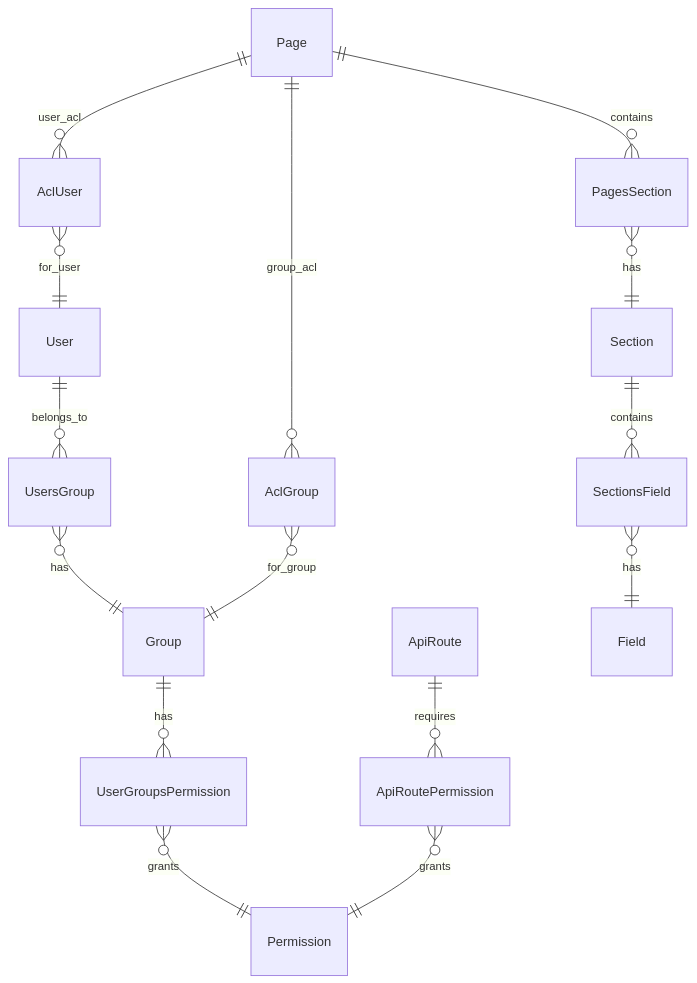
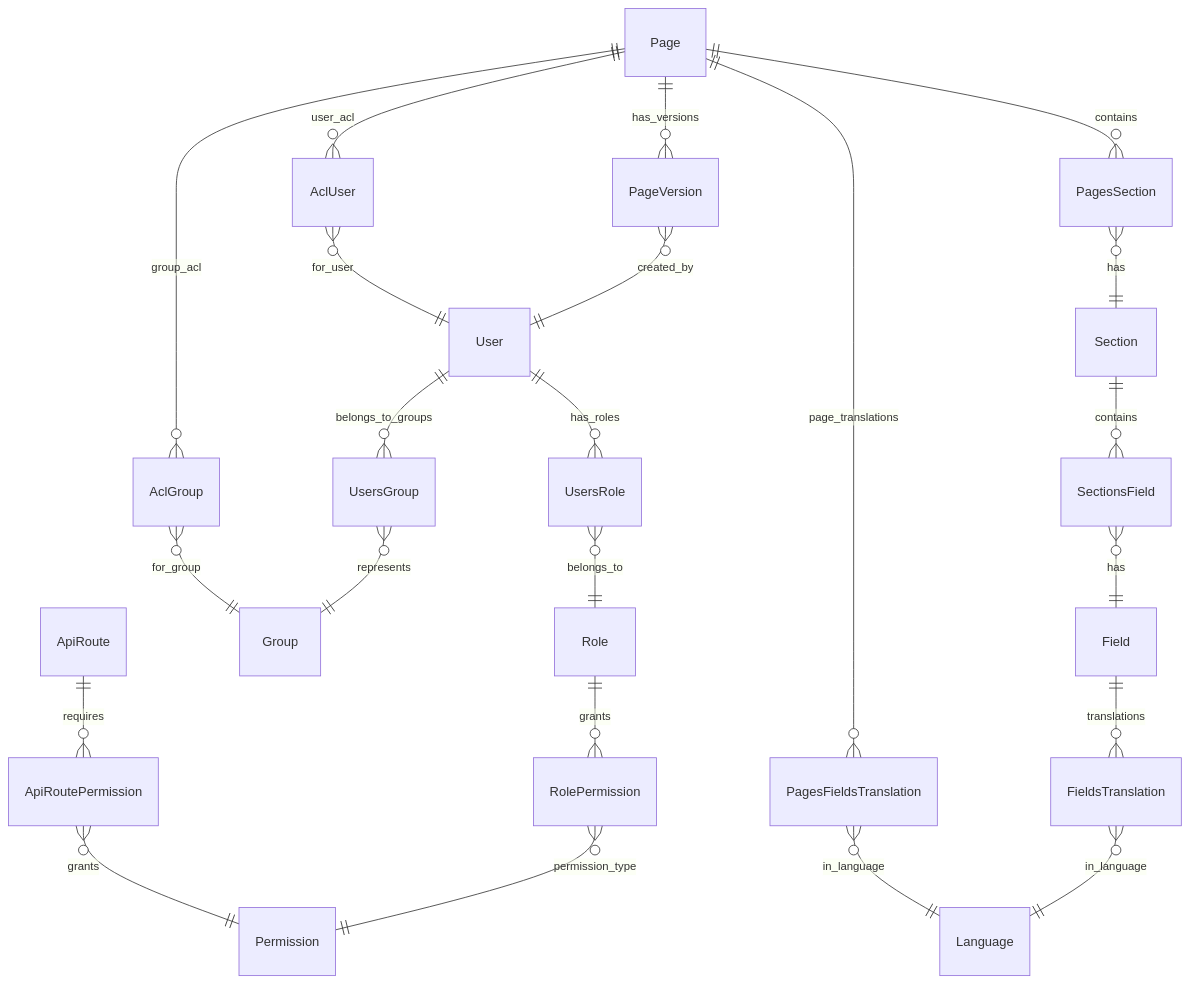
The third of 3 diagrams in docs/developer/01-system-architecture.md (humdek-unibe-ch/sh-selfhelp_backend), drawn with Mermaid before and after one commit. The commit also changed other lines of this file and 3 other files, not shown here.

````diff
--- a/docs/developer/01-system-architecture.md
+++ b/docs/developer/01-system-architecture.md
@@ -160,20 +285,31 @@
 ```mermaid
 erDiagram
-    User ||--o{ UsersGroup : belongs_to
-    UsersGroup }o--|| Group : has
-    Group ||--o{ UserGroupsPermission : has
-    UserGroupsPermission }o--|| Permission : grants
-    
+    User ||--o{ UsersRole : has_roles
+    UsersRole }o--|| Role : belongs_to
+    Role ||--o{ RolePermission : grants
+    RolePermission }o--|| Permission : permission_type
+
+    User ||--o{ UsersGroup : belongs_to_groups
+    UsersGroup }o--|| Group : represents
+
     ApiRoute ||--o{ ApiRoutePermission : requires
     ApiRoutePermission }o--|| Permission : grants
-    
+
     Page ||--o{ PagesSection : contains
     PagesSection }o--|| Section : has
     Section ||--o{ SectionsField : contains
     SectionsField }o--|| Field : has
-    
+
+    Page ||--o{ PageVersion : has_versions
+    PageVersion }o--|| User : created_by
+
     Page ||--o{ AclUser : user_acl
     Page ||--o{ AclGroup : group_acl
     AclUser }o--|| User : for_user
     AclGroup }o--|| Group : for_group
+
+    Field ||--o{ FieldsTranslation : translations
+    FieldsTranslation }o--|| Language : in_language
+    Page ||--o{ PagesFieldsTranslation : page_translations
+    PagesFieldsTranslation }o--|| Language : in_language
 ```
````
